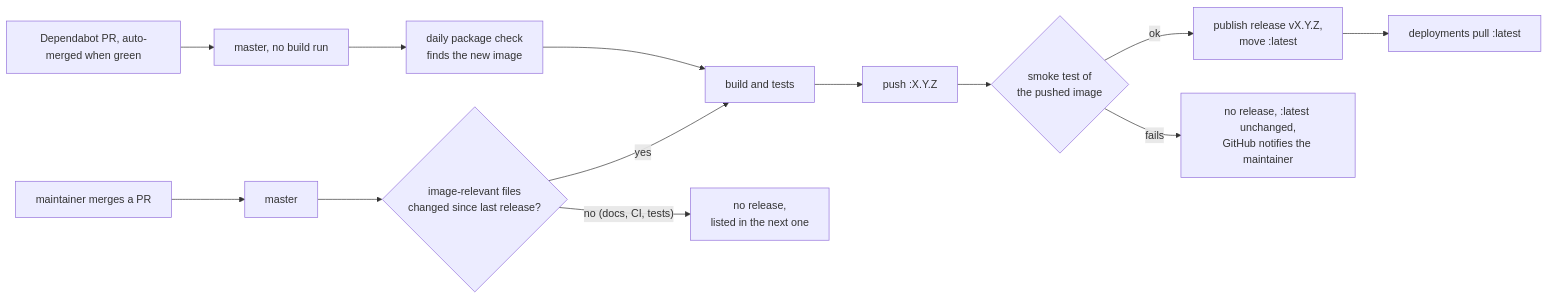
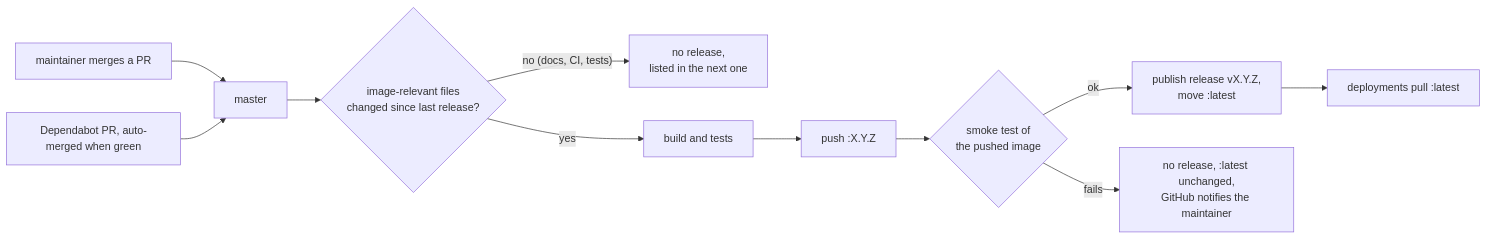
One commit to motwok/ShareContainer changed the diagram in RELEASING.md. Above: the diagram before and after it, drawn with Mermaid. The commit also changed other lines of this file and 3 other files, not shown here.

Commit message:
ci: daily Dependabot merge that starts the build (#11)

````diff
--- a/RELEASING.md
+++ b/RELEASING.md
@@ -31,15 +32,13 @@
 ```mermaid
 flowchart LR
   O[maintainer merges a PR] --> M[master]
-  D[Dependabot PR, auto-merged when green] --> DM[master, no build run]
-  DM --> K[daily package check<br/>finds the new image]
-  K --> B
+  D[Dependabot PR, auto-merged when green] --> M
   M --> C{image-relevant files<br/>changed since last release?}
   C -- "no (docs, CI, tests)" --> Q[no release,<br/>listed in the next one]
   C -- yes --> B[build and tests]
   B --> G[push :X.Y.Z]
   G --> T{smoke test of<br/>the pushed image}
   T -- ok --> R[publish release vX.Y.Z,<br/>move :latest]
   T -- fails --> N[no release, :latest unchanged,<br/>GitHub notifies the maintainer]
   R --> P[deployments pull :latest]
 ```
````
